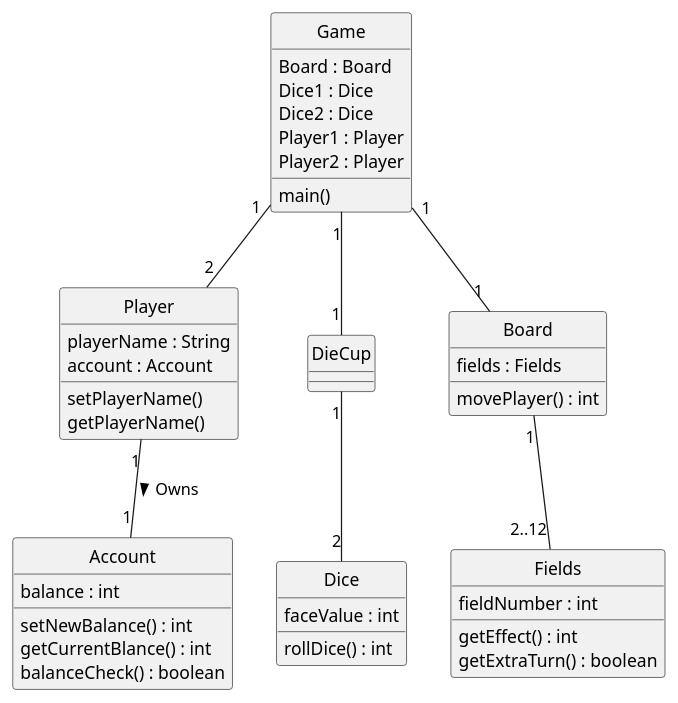
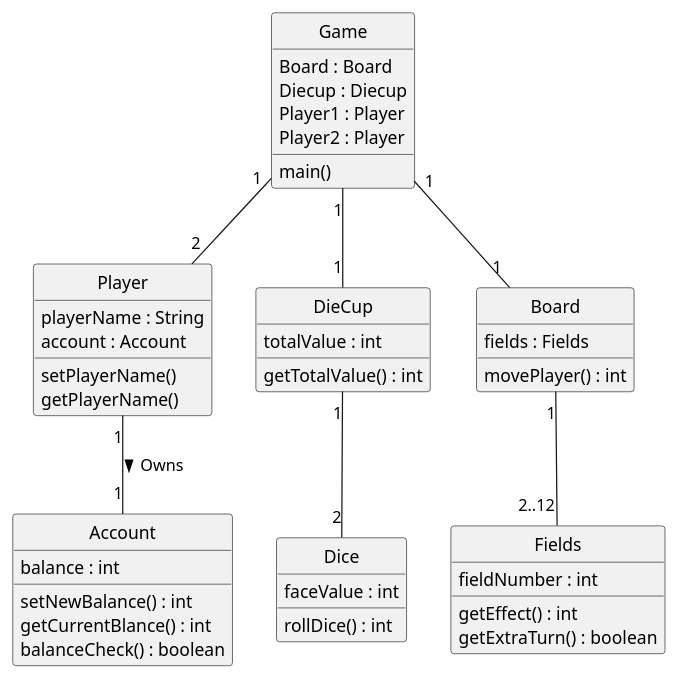
Before and after one commit to PhilipCramer/CDIO_del2: the diagram in src/main/resources/DesignClassDiagram.puml, drawn with PlantUML.

Commit message:
Minor changes to Class Diagram

```diff
--- a/src/main/resources/DesignClassDiagram.puml
+++ b/src/main/resources/DesignClassDiagram.puml
@@ -1,59 +1,60 @@
 @startuml ClassDiagram
 skinparam style strictuml
 
 class "Game" as Game {
     Board : Board
-    Dice1 : Dice
-    Dice2 : Dice
+    Diecup : Diecup
     Player1 : Player
     Player2 : Player
 
     main()
 }
 class "Player" as Player {
     playerName : String
     account : Account
 
     setPlayerName()
     getPlayerName()
 
 }
 
 class "Account" as Account {
     balance : int
 
     setNewBalance() : int
     getCurrentBlance() : int
     balanceCheck() : boolean
 }
 
 class "DieCup" as Diecup {
+    totalValue : int
 
+    getTotalValue() : int
 }
 
 class "Dice" as Dice {
     faceValue : int
 
     rollDice() : int
 }
 
 class "Board" as Board {
     fields : Fields
 
     movePlayer() : int
 }
 
 class "Fields" as Field {
     fieldNumber : int
 
     getEffect() : int
     getExtraTurn() : boolean
 }
 
 Player "1" -- "1" Account : Owns >
 Game "1" -- "2" Player 
 Game "1" -- "1" Board
 Board "1" -- "2..12" Field
 Game "1" -- "1" Diecup
 Diecup "1" -- "2" Dice
 @enduml
```
